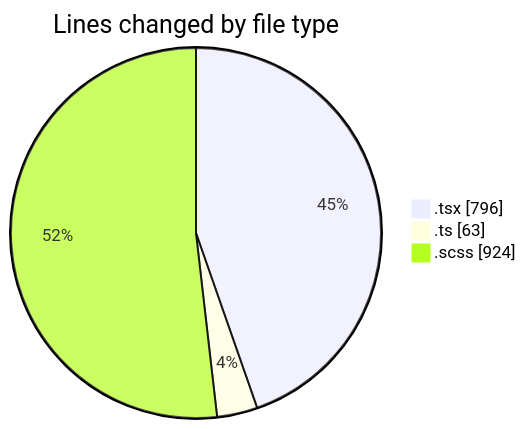
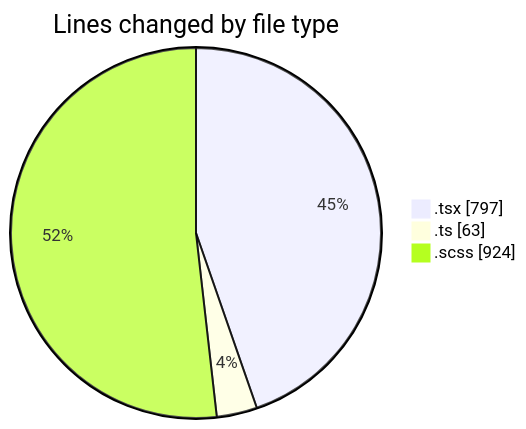
The first of 2 diagrams in 2025-04-02/cda/README.md (momahboobian/code-tracking), drawn with Mermaid before and after one commit. The commit also changed other lines of this file and 1 other file, not shown here.

````diff
--- a/2025-04-02/cda/README.md
+++ b/2025-04-02/cda/README.md
@@ -26,7 +26,7 @@
 ```mermaid
 pie showData
 title Lines changed by file type
-".tsx" : 796
+".tsx" : 797
 ".ts" : 63
 ".scss" : 924
 ```
````
